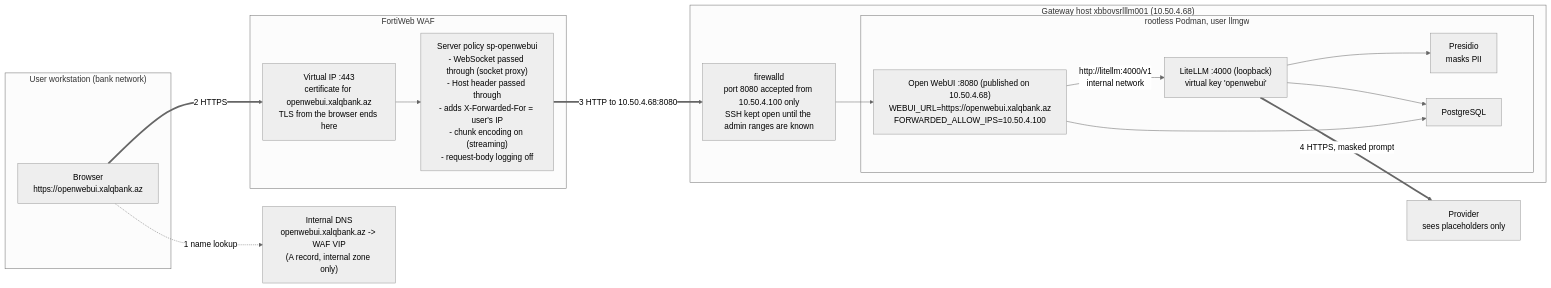
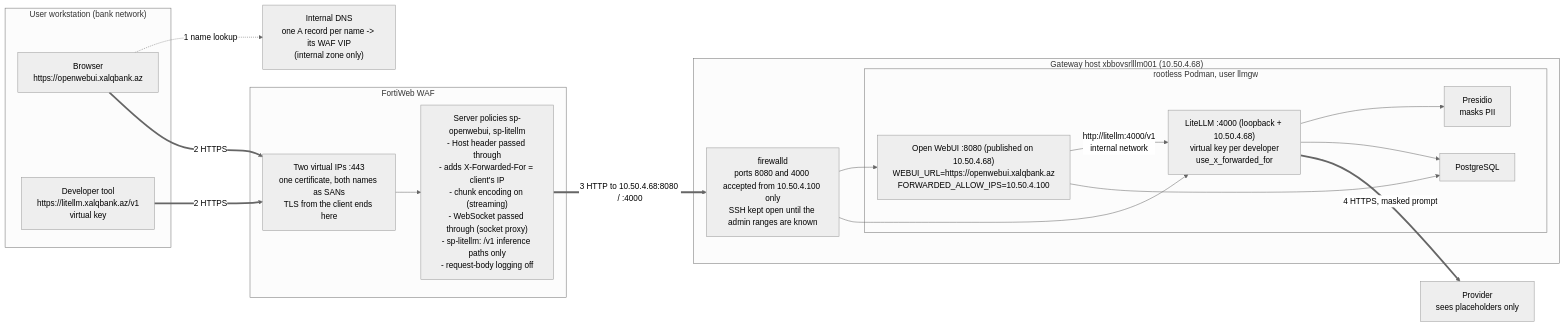
The diagram in docs/08-exposure.md (nafud/litellm), drawn with Mermaid (neutral theme) before and after one commit. The commit also changed other lines of this file and 5 other files, not shown here.

First line of the commit message:
Phase 9: litellm.xalqbank.az joins the WAF exposure (D-33 amendment)

````diff
--- a/docs/08-exposure.md
+++ b/docs/08-exposure.md
@@ -15,31 +17,34 @@
 ```mermaid
 flowchart LR
   subgraph user["User workstation (bank network)"]
     browser["Browser<br/>https://openwebui.xalqbank.az"]
+    dev["Developer tool<br/>https://litellm.xalqbank.az/v1<br/>virtual key"]
   end
-  dns["Internal DNS<br/>openwebui.xalqbank.az -> WAF VIP<br/>(A record, internal zone only)"]
+  dns["Internal DNS<br/>one A record per name -> its WAF VIP<br/>(internal zone only)"]
   subgraph waf["FortiWeb WAF"]
-    vip["Virtual IP :443<br/>certificate for openwebui.xalqbank.az<br/>TLS from the browser ends here"]
-    rules["Server policy sp-openwebui<br/>- WebSocket passed through (socket proxy)<br/>- Host header passed through<br/>- adds X-Forwarded-For = user's IP<br/>- chunk encoding on (streaming)<br/>- request-body logging off"]
+    vip["Two virtual IPs :443<br/>one certificate, both names as SANs<br/>TLS from the client ends here"]
+    rules["Server policies sp-openwebui, sp-litellm<br/>- Host header passed through<br/>- adds X-Forwarded-For = client's IP<br/>- chunk encoding on (streaming)<br/>- WebSocket passed through (socket proxy)<br/>- sp-litellm: /v1 inference paths only<br/>- request-body logging off"]
     vip --> rules
   end
   subgraph host["Gateway host xbbovsrlllm001 (10.50.4.68)"]
-    fw["firewalld<br/>port 8080 accepted from 10.50.4.100 only<br/>SSH kept open until the admin ranges are known"]
+    fw["firewalld<br/>ports 8080 and 4000 accepted from 10.50.4.100 only<br/>SSH kept open until the admin ranges are known"]
     subgraph podman["rootless Podman, user llmgw"]
       owui["Open WebUI :8080 (published on 10.50.4.68)<br/>WEBUI_URL=https://openwebui.xalqbank.az<br/>FORWARDED_ALLOW_IPS=10.50.4.100"]
-      litellm["LiteLLM :4000 (loopback)<br/>virtual key 'openwebui'"]
+      litellm["LiteLLM :4000 (loopback + 10.50.4.68)<br/>virtual key per developer<br/>use_x_forwarded_for"]
       presidio["Presidio<br/>masks PII"]
       pg["PostgreSQL"]
       owui -- "http://litellm:4000/v1<br/>internal network" --> litellm
       litellm --> presidio
       litellm --> pg
       owui --> pg
     end
     fw --> owui
+    fw --> litellm
   end
   provider["Provider<br/>sees placeholders only"]
   browser -. "1 name lookup" .-> dns
   browser == "2 HTTPS" ==> vip
-  rules == "3 HTTP to 10.50.4.68:8080" ==> fw
+  dev == "2 HTTPS" ==> vip
+  rules == "3 HTTP to 10.50.4.68:8080 / :4000" ==> fw
   litellm == "4 HTTPS, masked prompt" ==> provider
 ```
````
